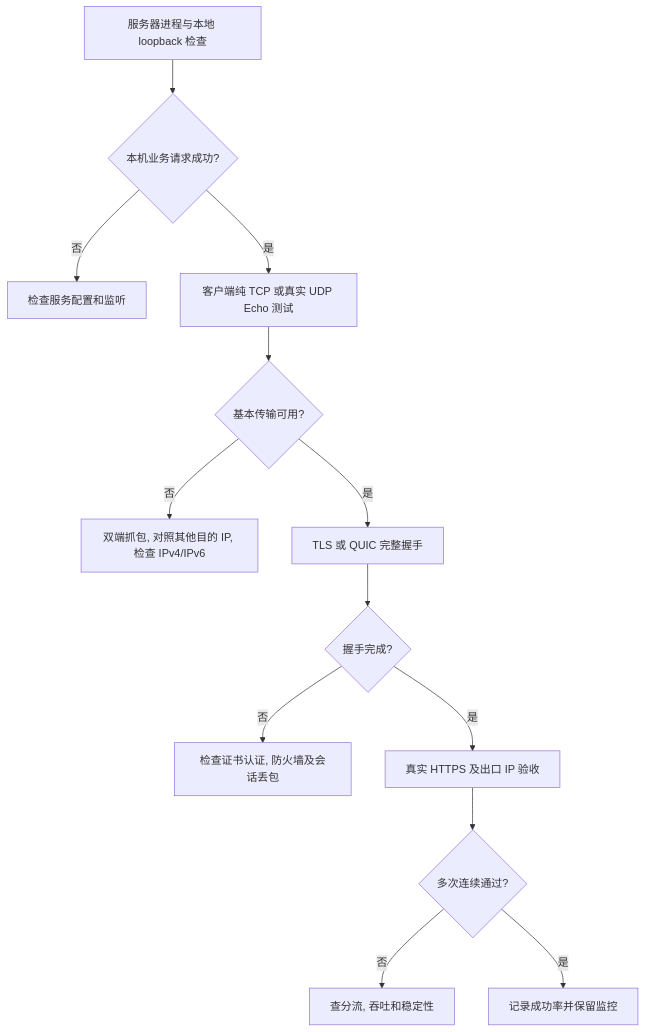
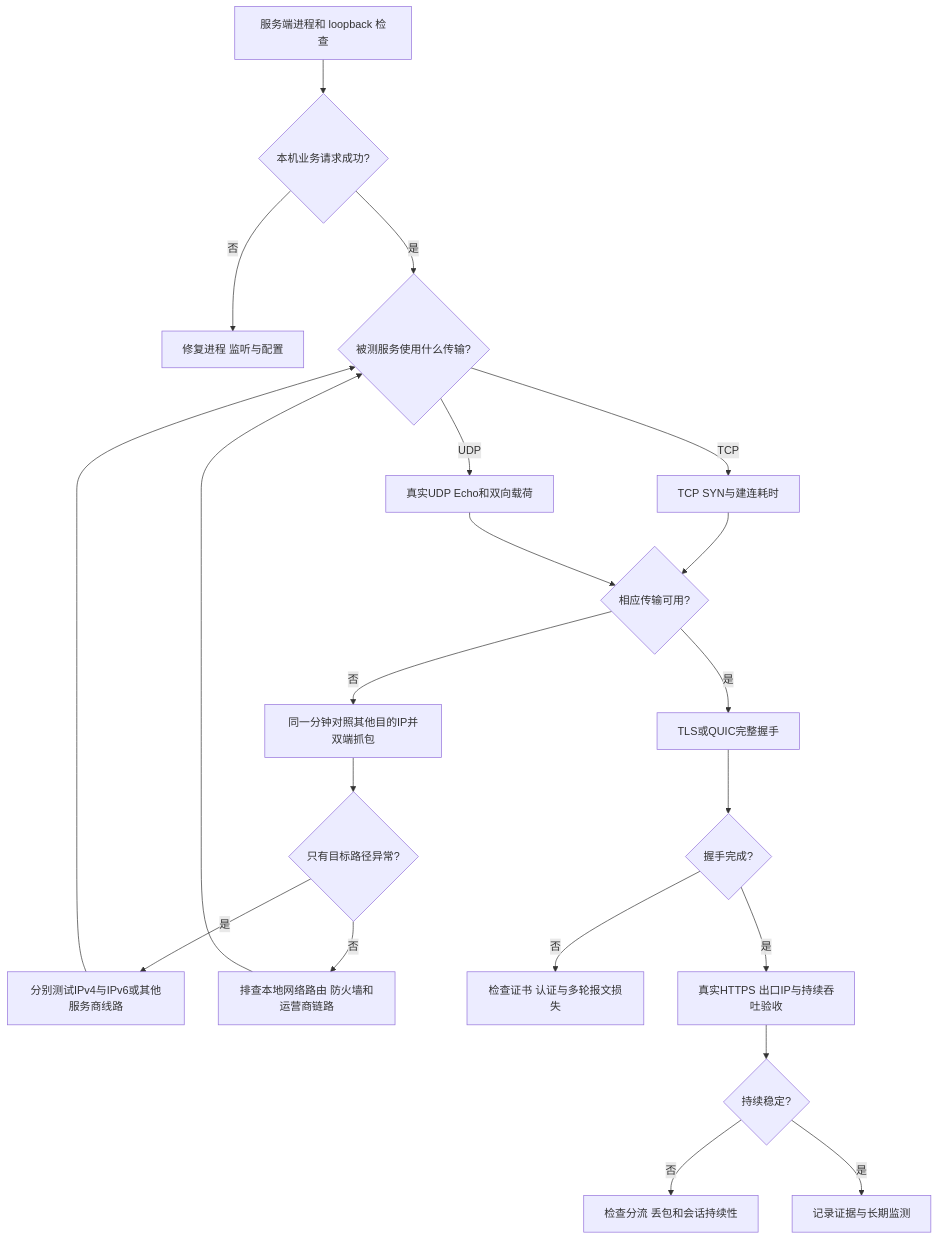
The diagram in README.md (gaochenyang666-droid/racknerd-ipv6-troubleshooting), drawn with Mermaid before and after one commit. The commit also changed other lines of this file, not shown here.

Commit message:
docs: reconcile Echo probes, qualify IPv4/IPv6 comparison, reduce duplicated metrics and add security

````diff
--- a/README.md
+++ b/README.md
@@ -165,15 +165,23 @@
 ```mermaid
 flowchart TD
-    A[服务器进程与本地 loopback 检查] --> B{本机业务请求成功?}
-    B -->|否| C[检查服务配置和监听]
-    B -->|是| D[客户端纯 TCP 或真实 UDP Echo 测试]
-    D --> E{基本传输可用?}
-    E -->|否| F[双端抓包, 对照其他目的 IP, 检查 IPv4/IPv6]
-    E -->|是| G[TLS 或 QUIC 完整握手]
-    G --> H{握手完成?}
-    H -->|否| I[检查证书认证, 防火墙及会话丢包]
-    H -->|是| J[真实 HTTPS 及出口 IP 验收]
-    J --> K{多次连续通过?}
-    K -->|否| L[查分流, 吞吐和稳定性]
-    K -->|是| M[记录成功率并保留监控]
+    A[服务端进程和 loopback 检查] --> B{本机业务请求成功?}
+    B -->|否| C[修复进程 监听与配置]
+    B -->|是| D{被测服务使用什么传输?}
+    D -->|TCP| E[TCP SYN与建连耗时]
+    D -->|UDP| F[真实UDP Echo和双向载荷]
+    E --> G{相应传输可用?}
+    F --> G
+    G -->|否| H[同一分钟对照其他目的IP并双端抓包]
+    H --> I{只有目标路径异常?}
+    I -->|是| J[分别测试IPv4与IPv6或其他服务商线路]
+    I -->|否| K[排查本地网络路由 防火墙和运营商链路]
+    J --> D
+    K --> D
+    G -->|是| L[TLS或QUIC完整握手]
+    L --> M{握手完成?}
+    M -->|否| N[检查证书 认证与多轮报文损失]
+    M -->|是| O[真实HTTPS 出口IP与持续吞吐验收]
+    O --> P{持续稳定?}
+    P -->|否| Q[检查分流 丢包和会话持续性]
+    P -->|是| R[记录证据与长期监测]
 ```
````
